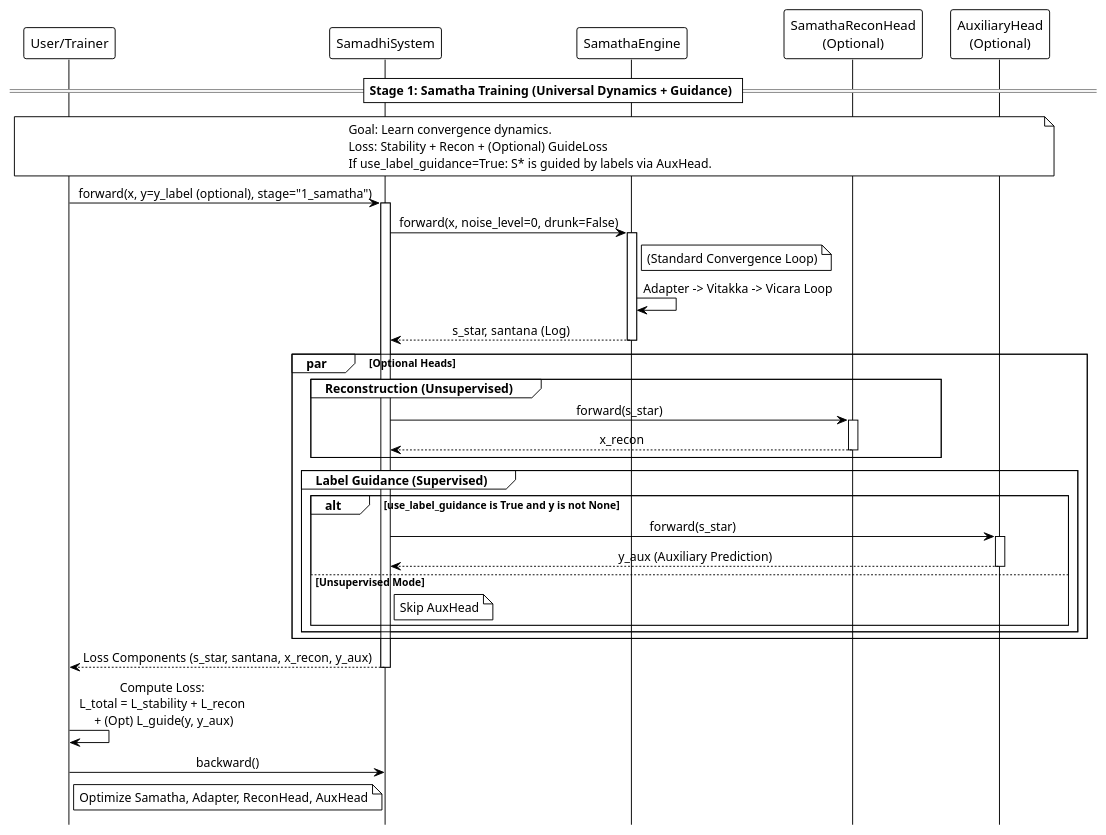
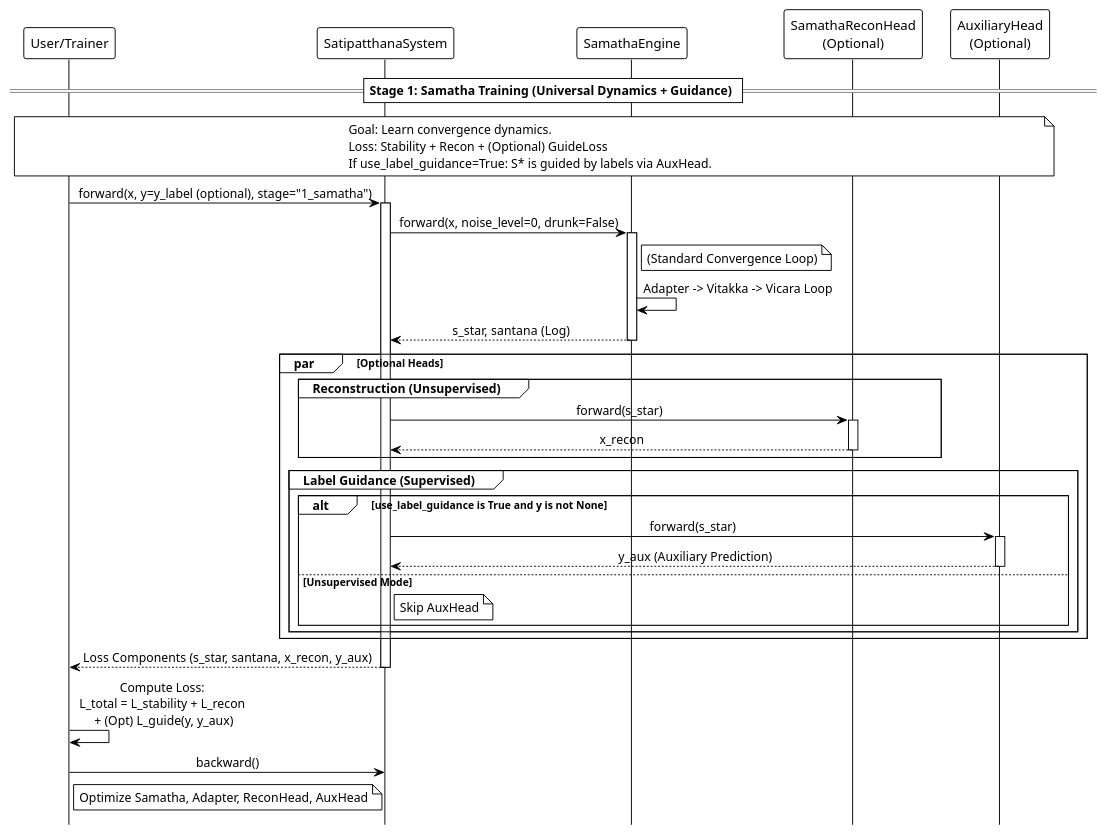
Before and after one commit to tamatebox/satipatthana-framework: the diagram in docs/diagrams/v4_sequence_diagram_training_stage1.pu, drawn with PlantUML. The commit also changed 169 other files, not shown here.

Commit message:
refactor: rename samadhi package to satipatthana

```diff
--- a/docs/diagrams/v4_sequence_diagram_training_stage1.pu
+++ b/docs/diagrams/v4_sequence_diagram_training_stage1.pu
@@ -1,55 +1,55 @@
 @startuml v4_sequence_diagram_training_stage1
 !theme plain
 hide footbox
 skinparam sequenceMessageAlign center
 
 participant "User/Trainer" as Trainer
-participant "SamadhiSystem" as System
+participant "SatipatthanaSystem" as System
 participant "SamathaEngine" as Samatha
 participant "SamathaReconHead\n(Optional)" as ReconHead
 participant "AuxiliaryHead\n(Optional)" as AuxHead
 
 == Stage 1: Samatha Training (Universal Dynamics + Guidance) ==
 note over Trainer, AuxHead
 Goal: Learn convergence dynamics.
 Loss: Stability + Recon + (Optional) GuideLoss
 If use_label_guidance=True: S* is guided by labels via AuxHead.
 end note
 
 Trainer -> System: forward(x, y=y_label (optional), stage="1_samatha")
 activate System
     System -> Samatha: forward(x, noise_level=0, drunk=False)
     activate Samatha
         note right of Samatha: (Standard Convergence Loop)
         Samatha -> Samatha: Adapter -> Vitakka -> Vicara Loop
     Samatha --> System: s_star, santana (Log)
 deactivate Samatha
 
     par Optional Heads
         group Reconstruction (Unsupervised)
             System -> ReconHead: forward(s_star)
             activate ReconHead
             ReconHead --> System: x_recon
             deactivate ReconHead
         end
 
         group Label Guidance (Supervised)
             alt use_label_guidance is True and y is not None
                 System -> AuxHead: forward(s_star)
                 activate AuxHead
                 AuxHead --> System: y_aux (Auxiliary Prediction)
                 deactivate AuxHead
             else Unsupervised Mode
                 note right of System: Skip AuxHead
             end
         end
     end
 
 System --> Trainer: Loss Components (s_star, santana, x_recon, y_aux)
 deactivate System
 
 Trainer -> Trainer: Compute Loss:\n L_total = L_stability + L_recon \n + (Opt) L_guide(y, y_aux)
 Trainer -> System: backward()
 note right of Trainer: Optimize Samatha, Adapter, ReconHead, AuxHead
 
 @enduml
```
